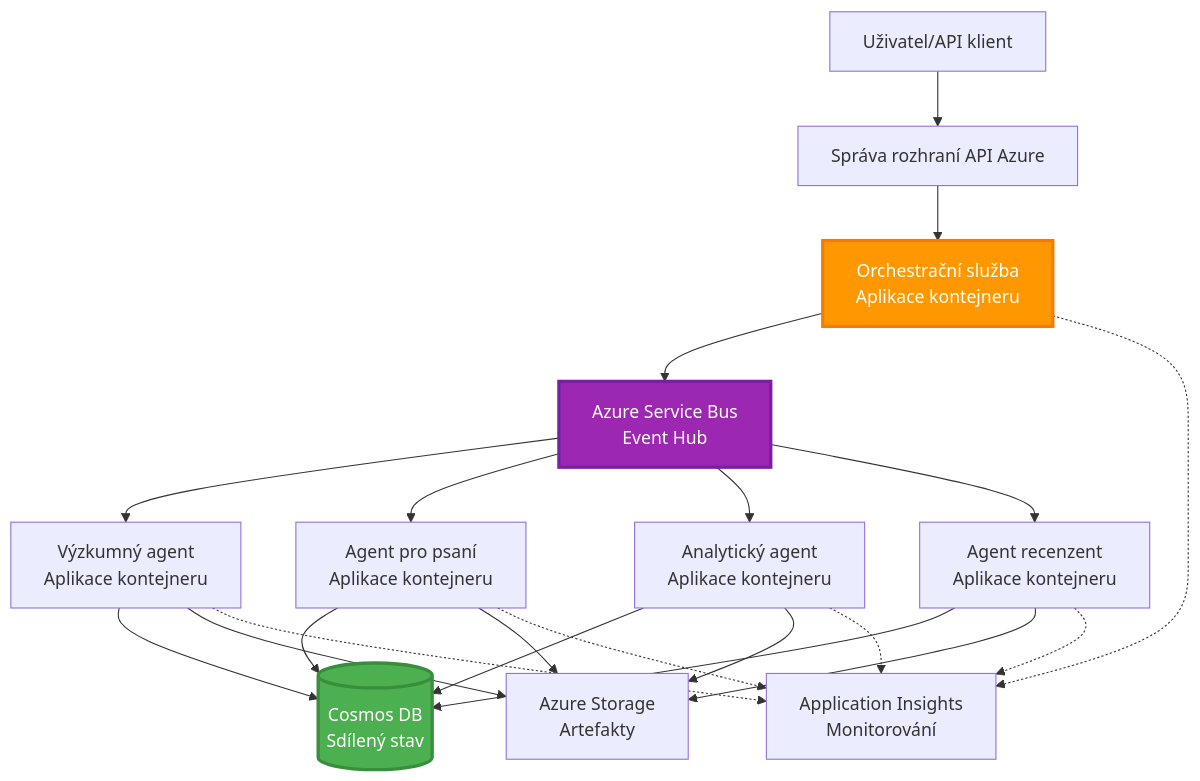
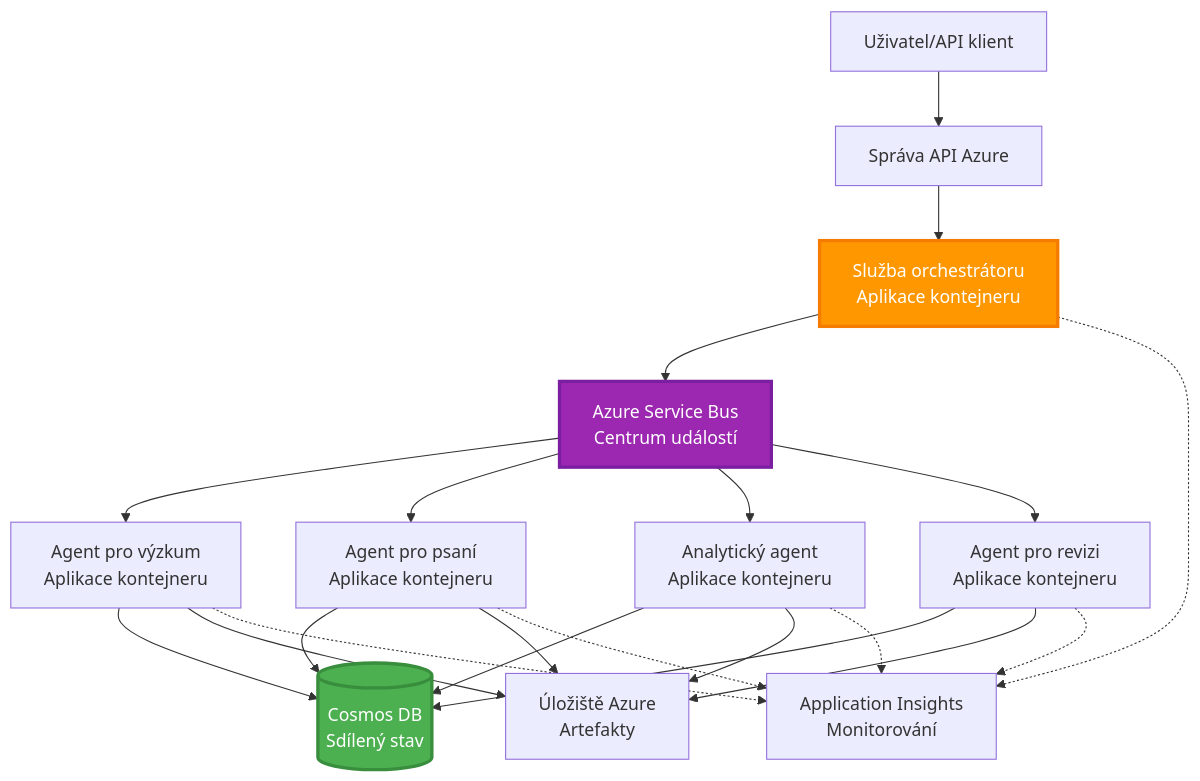
Before and after one commit to microsoft/AZD-for-beginners: the sixth of 6 diagrams in translations/cs/docs/chapter-06-pre-deployment/coordination-patterns.md, drawn with Mermaid. The commit also changed other lines of this file and 101 other files, not shown here.

````diff
--- a/translations/cs/docs/chapter-06-pre-deployment/coordination-patterns.md
+++ b/translations/cs/docs/chapter-06-pre-deployment/coordination-patterns.md
@@ -271,45 +265,45 @@
 ```mermaid
 graph TB
     User[Uživatel/API klient]
-    APIM[Správa rozhraní API Azure]
-    Orchestrator[Orchestrační služba<br/>Aplikace kontejneru]
-    ServiceBus[Azure Service Bus<br/>Event Hub]
+    APIM[Správa API Azure]
+    Orchestrator[Služba orchestrátoru<br/>Aplikace kontejneru]
+    ServiceBus[Azure Service Bus<br/>Centrum událostí]
     
-    Agent1[Výzkumný agent<br/>Aplikace kontejneru]
+    Agent1[Agent pro výzkum<br/>Aplikace kontejneru]
     Agent2[Agent pro psaní<br/>Aplikace kontejneru]
     Agent3[Analytický agent<br/>Aplikace kontejneru]
-    Agent4[Agent recenzent<br/>Aplikace kontejneru]
+    Agent4[Agent pro revizi<br/>Aplikace kontejneru]
     
     CosmosDB[(Cosmos DB<br/>Sdílený stav)]
-    Storage[Azure Storage<br/>Artefakty]
+    Storage[Úložiště Azure<br/>Artefakty]
     AppInsights[Application Insights<br/>Monitorování]
     
     User --> APIM
     APIM --> Orchestrator
     
     Orchestrator --> ServiceBus
     ServiceBus --> Agent1
     ServiceBus --> Agent2
     ServiceBus --> Agent3
     ServiceBus --> Agent4
     
     Agent1 --> CosmosDB
     Agent2 --> CosmosDB
     Agent3 --> CosmosDB
     Agent4 --> CosmosDB
     
     Agent1 --> Storage
     Agent2 --> Storage
     Agent3 --> Storage
     Agent4 --> Storage
     
     Orchestrator -.-> AppInsights
     Agent1 -.-> AppInsights
     Agent2 -.-> AppInsights
     Agent3 -.-> AppInsights
     Agent4 -.-> AppInsights
     
     style Orchestrator fill:#FF9800,stroke:#F57C00,stroke-width:3px,color:#fff
     style ServiceBus fill:#9C27B0,stroke:#7B1FA2,stroke-width:3px,color:#fff
     style CosmosDB fill:#4CAF50,stroke:#388E3C,stroke-width:3px,color:#fff
 ```
````
